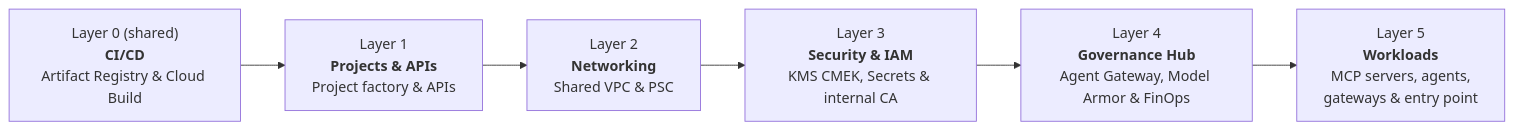
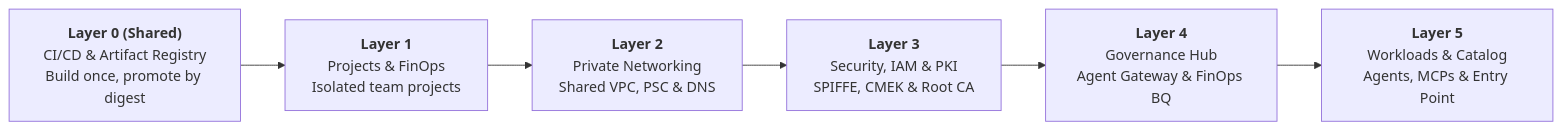
One commit to google/esmeralda changed the second of 2 diagrams in docs/src/index.md. Above: the diagram before and after it, drawn with Mermaid. The commit also changed other lines of this file and 19 other files, not shown here.

````diff
--- a/docs/src/index.md
+++ b/docs/src/index.md
@@ -104,8 +101,8 @@
 ```mermaid
 flowchart LR
-    L0["Layer 0 (shared)<br/><b>CI/CD</b><br/>Artifact Registry & Cloud Build"] --> L1["Layer 1<br/><b>Projects & APIs</b><br/>Project factory & APIs"]
-    L1 --> L2["Layer 2<br/><b>Networking</b><br/>Shared VPC & PSC"]
-    L2 --> L3["Layer 3<br/><b>Security & IAM</b><br/>KMS CMEK, Secrets & internal CA"]
-    L3 --> L4["Layer 4<br/><b>Governance Hub</b><br/>Agent Gateway, Model Armor & FinOps"]
-    L4 --> L5["Layer 5<br/><b>Workloads</b><br/>MCP servers, agents,<br/>gateways & entry point"]
+    L0["<b>Layer 0 (Shared)</b><br/>CI/CD & Artifact Registry<br/>Build once, promote by digest"] --> L1["<b>Layer 1</b><br/>Projects & FinOps<br/>Isolated team projects"]
+    L1 --> L2["<b>Layer 2</b><br/>Private Networking<br/>Shared VPC, PSC & DNS"]
+    L2 --> L3["<b>Layer 3</b><br/>Security, IAM & PKI<br/>SPIFFE, CMEK & Root CA"]
+    L3 --> L4["<b>Layer 4</b><br/>Governance Hub<br/>Agent Gateway & FinOps BQ"]
+    L4 --> L5["<b>Layer 5</b><br/>Workloads & Catalog<br/>Agents, MCPs & Entry Point"]
 ```
````
